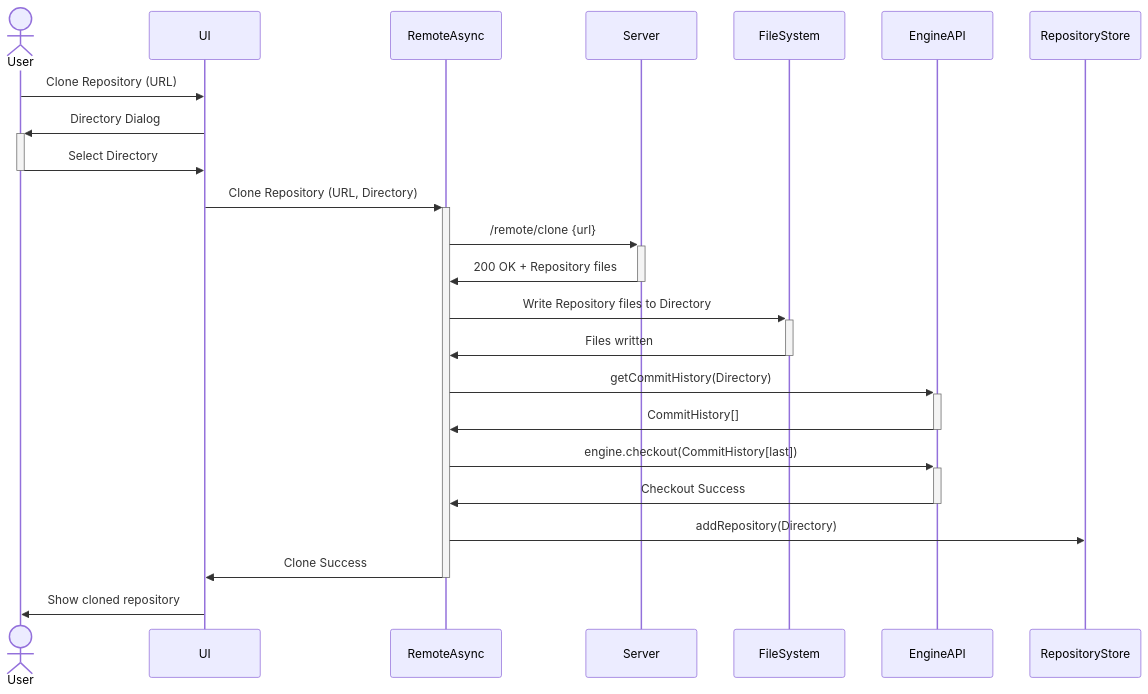
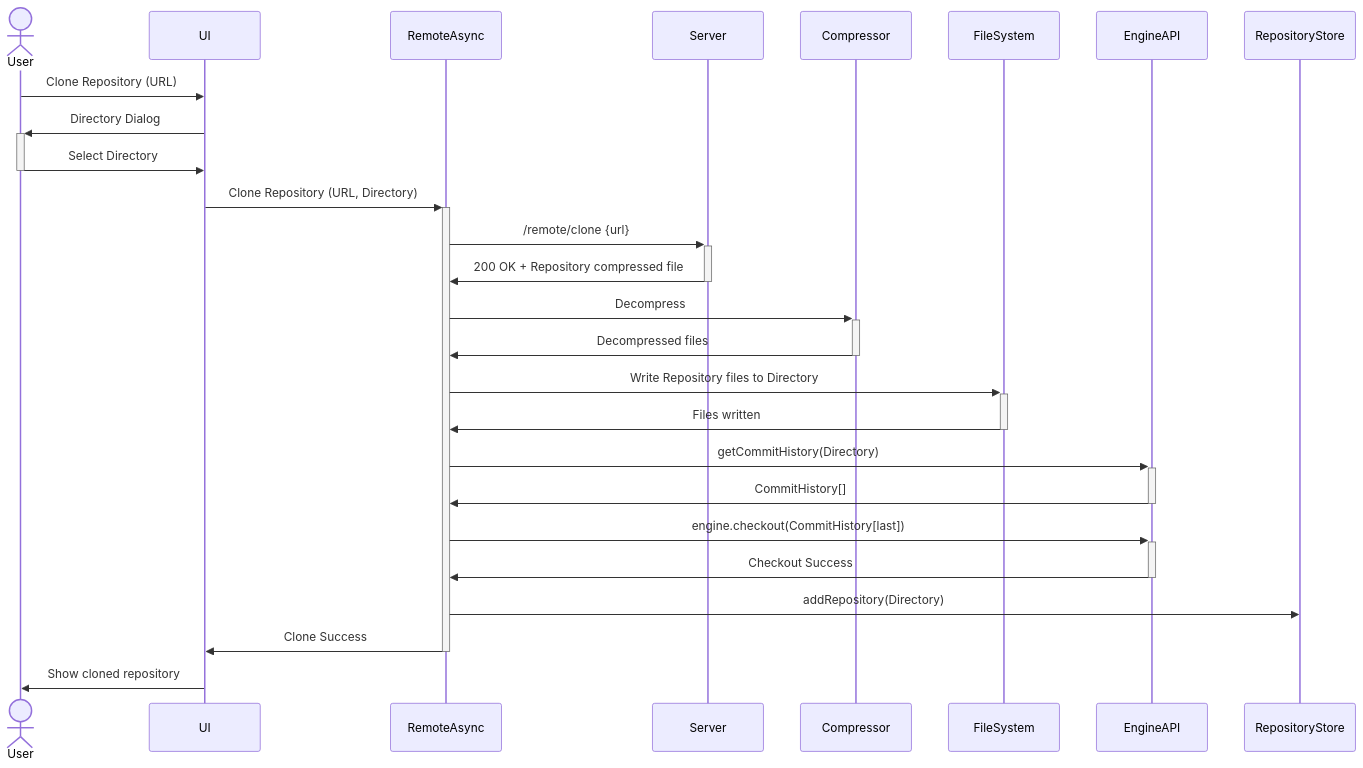
The diagram in src/lib/features/remote/sync/Clone.flow.mermaid (devAhmedMustafa/SplitDesktop), drawn with Mermaid before and after one commit.

Commit message:
Clone flow modified

```diff
--- a/src/lib/features/remote/sync/Clone.flow.mermaid
+++ b/src/lib/features/remote/sync/Clone.flow.mermaid
@@ -1,24 +1,27 @@
 sequenceDiagram
     actor User
     participant UI
     participant RemoteAsync
     participant Server
+    participant Compressor
     participant FileSystem
     participant EngineAPI
     participant RepositoryStore
 
     User->>UI: Clone Repository (URL)
     UI->>+User: Directory Dialog
     User->>-UI: Select Directory
     UI->>+RemoteAsync: Clone Repository (URL, Directory)
     RemoteAsync->>+Server: /remote/clone {url}
-    Server->>-RemoteAsync: 200 OK + Repository files
+    Server->>-RemoteAsync: 200 OK + Repository compressed file
+    RemoteAsync->>+Compressor: Decompress
+    Compressor->>-RemoteAsync: Decompressed files
     RemoteAsync->>+FileSystem: Write Repository files to Directory
     FileSystem->>-RemoteAsync: Files written
     RemoteAsync->>+EngineAPI: getCommitHistory(Directory)
     EngineAPI->>-RemoteAsync: CommitHistory[]
     RemoteAsync->>+EngineAPI: engine.checkout(CommitHistory[last])
     EngineAPI->>-RemoteAsync: Checkout Success
     RemoteAsync->>RepositoryStore: addRepository(Directory)
     RemoteAsync->>-UI: Clone Success
     UI->>User: Show cloned repository
```
